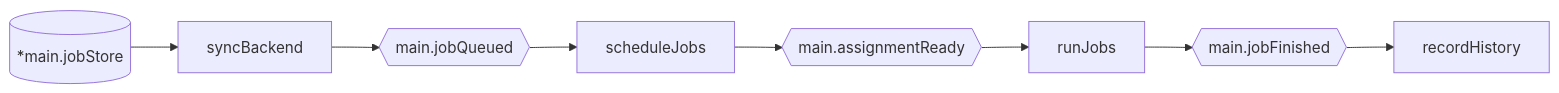
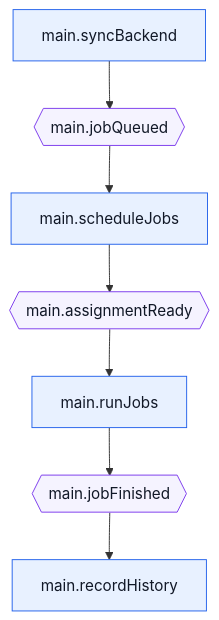
One commit to sunfish-robotics/backplane changed the diagram in README.md. Above: the diagram before and after it, drawn with Mermaid. The commit also changed other lines of this file and 4 other files, not shown here.

Commit message:
feat: make Mermaid graphs easier to read

````diff
--- a/README.md
+++ b/README.md
@@ -67,18 +67,21 @@
 ```mermaid
-flowchart LR
-  n0["syncBackend"]
-  n1["scheduleJobs"]
-  n2["runJobs"]
-  n3["recordHistory"]
-  n4[("*main.jobStore")]
+flowchart TB
+  n0["main.syncBackend"]
+  n1["main.scheduleJobs"]
+  n2["main.runJobs"]
+  n3["main.recordHistory"]
   n5{{"main.assignmentReady"}}
   n6{{"main.jobFinished"}}
   n7{{"main.jobQueued"}}
-  n4 --> n0
   n0 --> n7
   n7 --> n1
   n1 --> n5
   n5 --> n2
   n2 --> n6
   n6 --> n3
+  classDef module fill:#e8f1ff,stroke:#2563eb,color:#111827
+  classDef resource fill:#f8fafc,stroke:#64748b,color:#111827
+  classDef topic fill:#f5f3ff,stroke:#7c3aed,color:#111827
+  class n0,n1,n2,n3 module
+  class n5,n6,n7 topic
 ```
````
